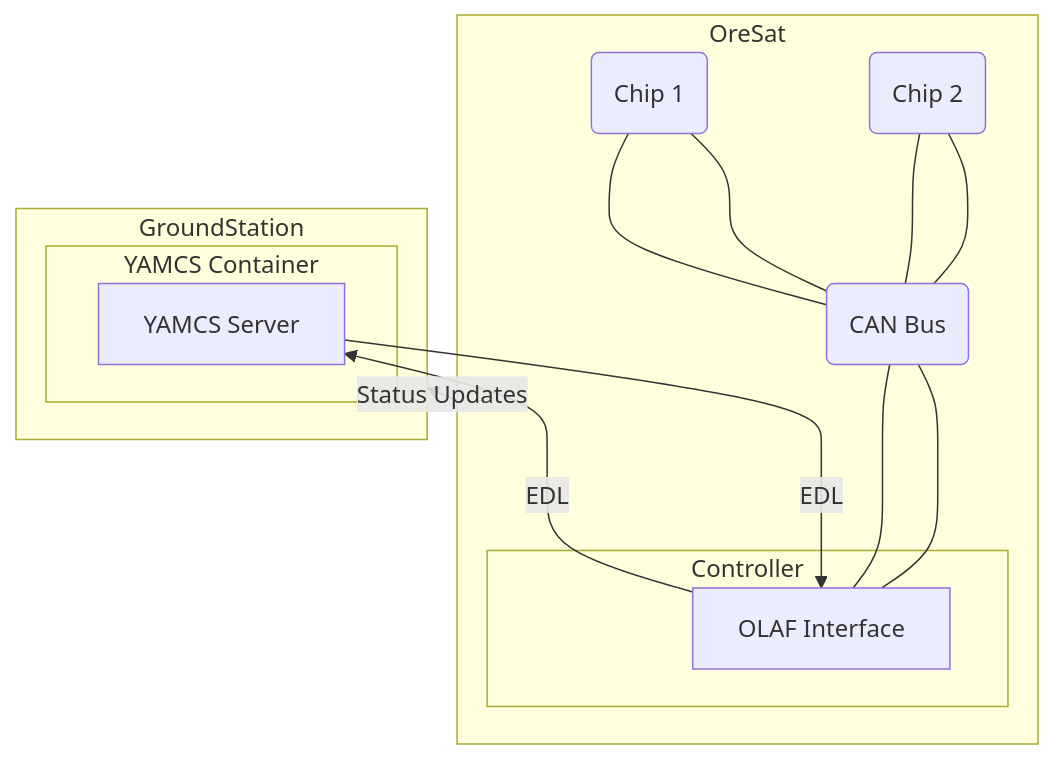
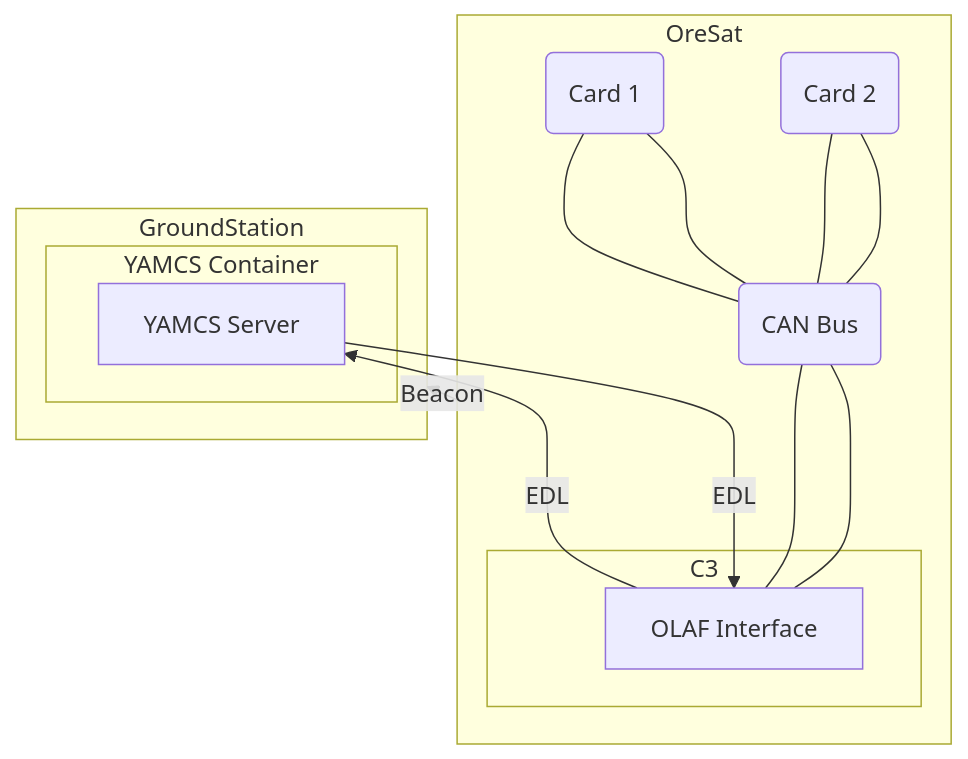
The diagram in docs/software-hdl.mermaid (oresat/oresat-software-docs), drawn with Mermaid before and after one commit.

Commit message:
update diagram

```diff
--- a/docs/software-hdl.mermaid
+++ b/docs/software-hdl.mermaid
@@ -1,26 +1,26 @@
 flowchart BT
 subgraph OreSat
-subgraph controller[Controller]
+subgraph controller[C3]
 c_id[OLAF Interface]
 end
 bus(CAN Bus)
-chip1(Chip 1)
-chip2(Chip 2)
+card1(Card 1)
+card2(Card 2)
 
 c_id---bus
-bus---chip1
-bus---chip2
-chip1---bus
-chip2---bus
+bus---card1
+bus---card2
+card1---bus
+card2---bus
 bus---c_id
 end
 
 subgraph GroundStation
 subgraph container1 [YAMCS Container]
 server1[YAMCS Server]
 end
 end
 
 server1-->|EDL|c_id
 c_id-->|EDL| server1
-OreSat-->|Status Updates| GroundStation
+OreSat-->|Beacon| GroundStation
```
